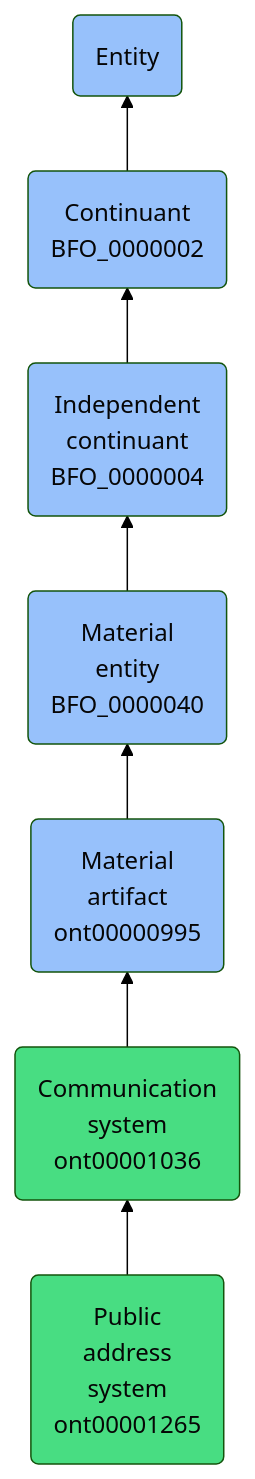
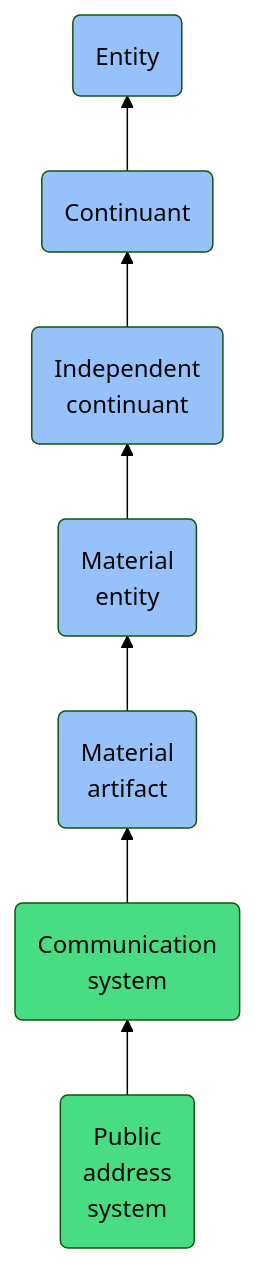
One commit to jupyter-naas/abi changed the diagram in docs/ontology/reference/model/Entity/Continuant/Independent continuant/Material entity/Material artifact/Communication system/Public address system/Public address system.md. Above: the diagram before and after it, drawn with Mermaid (forest theme). The commit also changed other lines of this file and 1430 other files, not shown here.

````diff
--- a/docs/ontology/reference/model/Entity/Continuant/Independent continuant/Material entity/Material artifact/Communication system/Public address system/Public address system.md
+++ b/docs/ontology/reference/model/Entity/Continuant/Independent continuant/Material entity/Material artifact/Communication system/Public address system/Public address system.md
@@ -24,14 +24,14 @@
 ```mermaid
 graph BT
-    ont00001265(Public<br>address<br>system<br>ont00001265):::ABI-->ont00001036
-    ont00001036(Communication<br>system<br>ont00001036):::ABI-->ont00000995
-    ont00000995(Material<br>artifact<br>ont00000995):::BFO-->BFO_0000040
-    BFO_0000040(Material<br>entity<br>BFO_0000040):::BFO-->BFO_0000004
-    BFO_0000004(Independent<br>continuant<br>BFO_0000004):::BFO-->BFO_0000002
-    BFO_0000002(Continuant<br>BFO_0000002):::BFO-->BFO_0000001
+    ont00001265(Public<br>address<br>system):::ABI-->ont00001036
+    ont00001036(Communication<br>system):::ABI-->ont00000995
+    ont00000995(Material<br>artifact):::BFO-->BFO_0000040
+    BFO_0000040(Material<br>entity):::BFO-->BFO_0000004
+    BFO_0000004(Independent<br>continuant):::BFO-->BFO_0000002
+    BFO_0000002(Continuant):::BFO-->BFO_0000001
     BFO_0000001(Entity):::BFO
     
     classDef BFO fill:#97c1fb,color:#060606
     classDef CCO fill:#e4c51e,color:#060606
     classDef ABI fill:#48DD82,color:#060606
 ```
````
